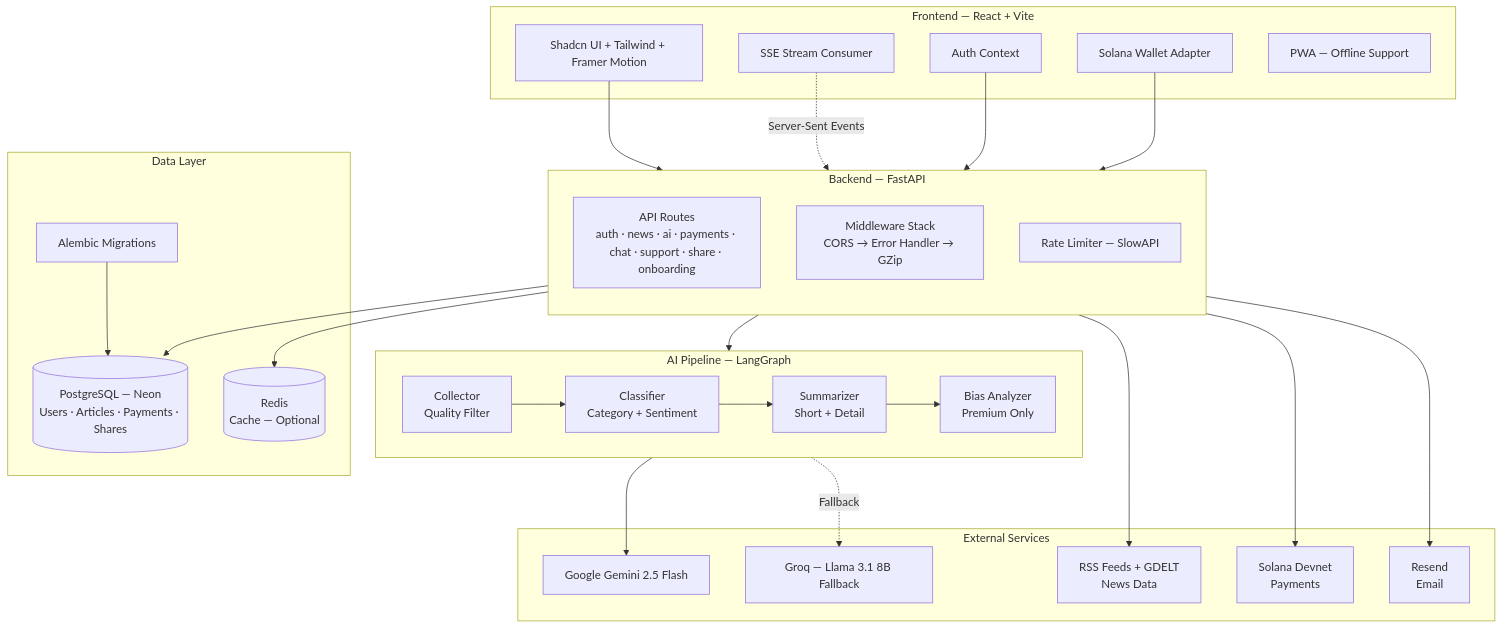
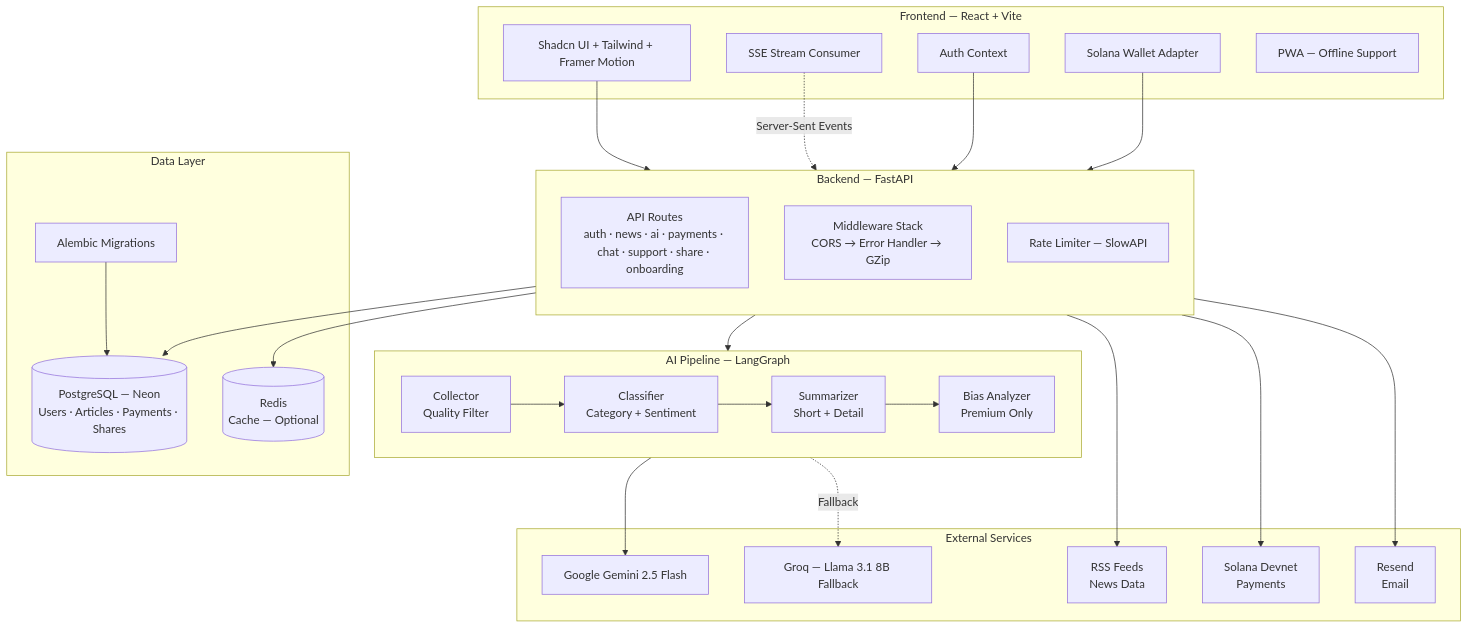
Before and after one commit to Atharva0506/news-app: the first of 3 diagrams in README.md, drawn with Mermaid. The commit also changed other lines of this file, not shown here.

First line of the commit message:
docs: add deployment architecture and cloud-scale diagrams

````diff
--- a/README.md
+++ b/README.md
@@ -21,52 +23,52 @@
 ```mermaid
 graph TB
     subgraph Client["Frontend — React + Vite"]
         UI[Shadcn UI + Tailwind + Framer Motion]
         Auth_FE[Auth Context]
         Wallet[Solana Wallet Adapter]
         SSE[SSE Stream Consumer]
         PWA[PWA — Offline Support]
     end
 
     subgraph API["Backend — FastAPI"]
         direction TB
         Routes[API Routes<br/>auth · news · ai · payments · chat · support · share · onboarding]
         Middleware[Middleware Stack<br/>CORS → Error Handler → GZip]
         RateLimit[Rate Limiter — SlowAPI]
     end
 
     subgraph AI["AI Pipeline — LangGraph"]
         direction LR
         Collector[Collector<br/>Quality Filter] --> Classifier[Classifier<br/>Category + Sentiment]
         Classifier --> Summarizer[Summarizer<br/>Short + Detail]
         Summarizer --> Bias[Bias Analyzer<br/>Premium Only]
     end
 
     subgraph Data["Data Layer"]
         PG[(PostgreSQL — Neon<br/>Users · Articles · Payments · Shares)]
         Redis[(Redis<br/>Cache — Optional)]
         Alembic[Alembic Migrations]
     end
 
     subgraph External["External Services"]
         Gemini[Google Gemini 2.5 Flash]
         Groq[Groq — Llama 3.1 8B Fallback]
-        RSS[RSS Feeds + GDELT<br/>News Data]
+        RSS[RSS Feeds<br/>News Data]
         Solana[Solana Devnet<br/>Payments]
         Resend[Resend<br/>Email]
     end
 
     UI --> Routes
     SSE -.->|Server-Sent Events| Routes
     Auth_FE --> Routes
     Wallet --> Routes
     Routes --> AI
     Routes --> PG
     Routes --> Redis
     AI --> Gemini
     AI -.->|Fallback| Groq
     Routes --> RSS
     Routes --> Solana
     Routes --> Resend
     Alembic --> PG
 ```
````
